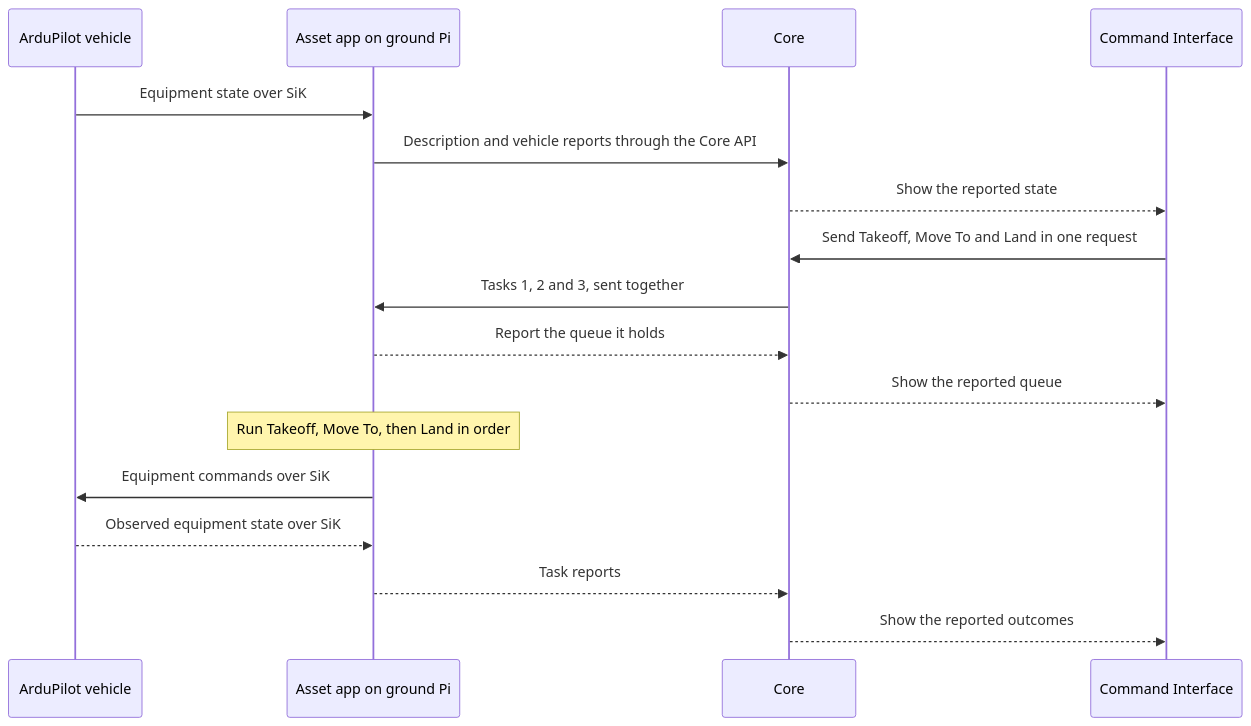
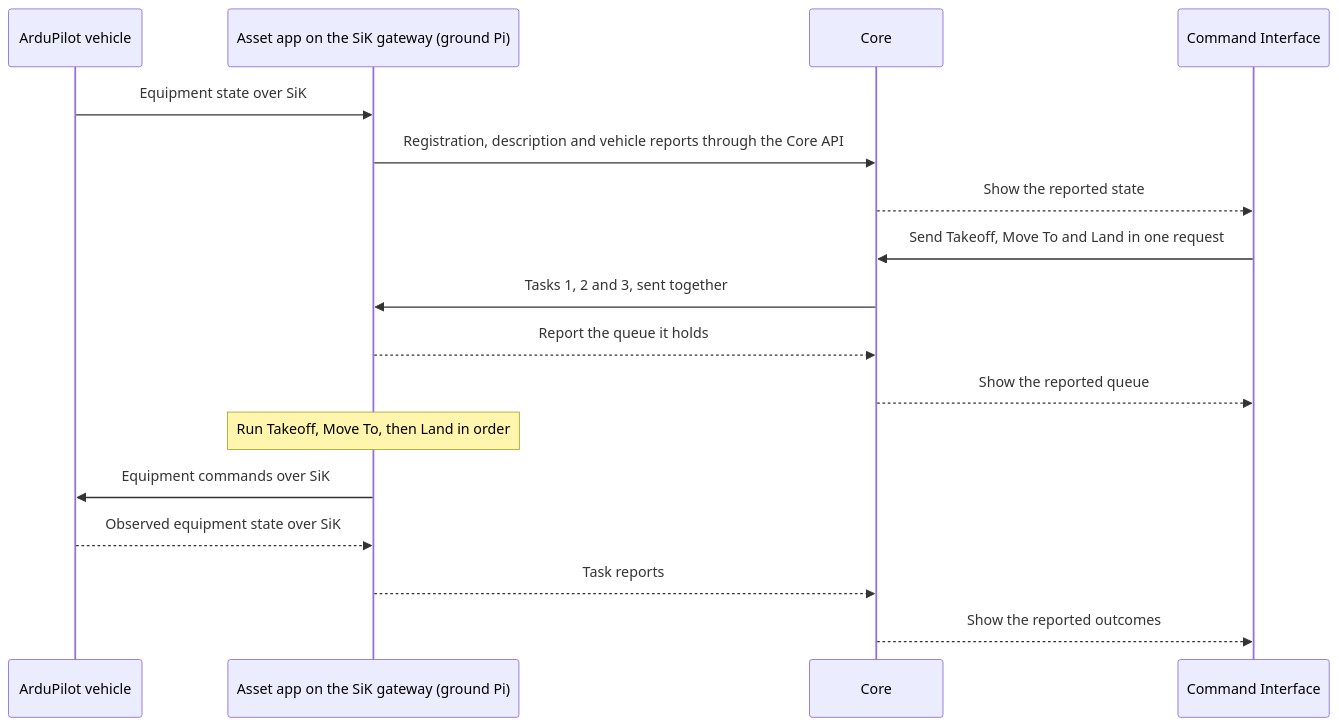
One commit to atlas-field-systems/atlas changed the diagram in atlas/first-flight.md. Above: the diagram before and after it, drawn with Mermaid. The commit also changed other lines of this file and 16 other files, not shown here.

First line of the commit message:
Lay out the gateway app as a framework with SiK and Meshtastic modes

````diff
--- a/atlas/first-flight.md
+++ b/atlas/first-flight.md
@@ -38,19 +38,19 @@
 ```mermaid
 sequenceDiagram
     participant Drone as ArduPilot vehicle
-    participant Pi as Asset app on ground Pi
+    participant Pi as Asset app on the SiK gateway (ground Pi)
     participant Core
     participant UI as Command Interface
     Drone->>Pi: Equipment state over SiK
-    Pi->>Core: Description and vehicle reports through the Core API
+    Pi->>Core: Registration, description and vehicle reports through the Core API
     Core-->>UI: Show the reported state
     UI->>Core: Send Takeoff, Move To and Land in one request
     Core->>Pi: Tasks 1, 2 and 3, sent together
     Pi-->>Core: Report the queue it holds
     Core-->>UI: Show the reported queue
     Note over Pi: Run Takeoff, Move To, then Land in order
     Pi->>Drone: Equipment commands over SiK
     Drone-->>Pi: Observed equipment state over SiK
     Pi-->>Core: Task reports
     Core-->>UI: Show the reported outcomes
 ```
````
